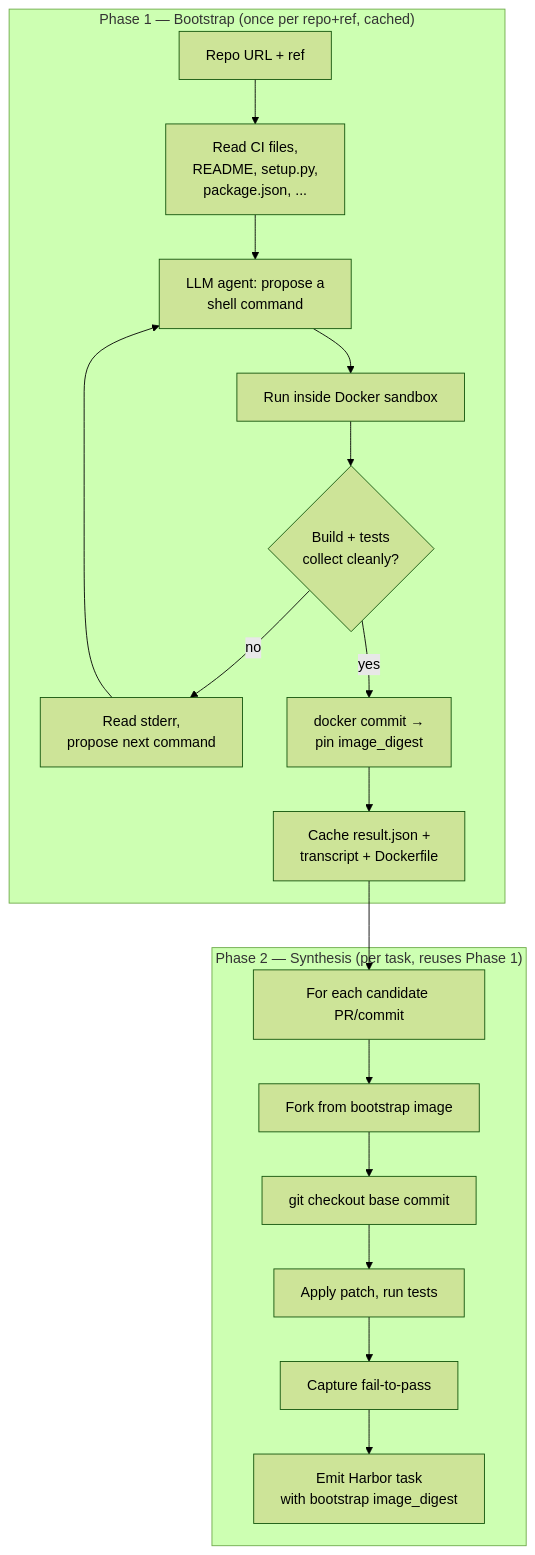
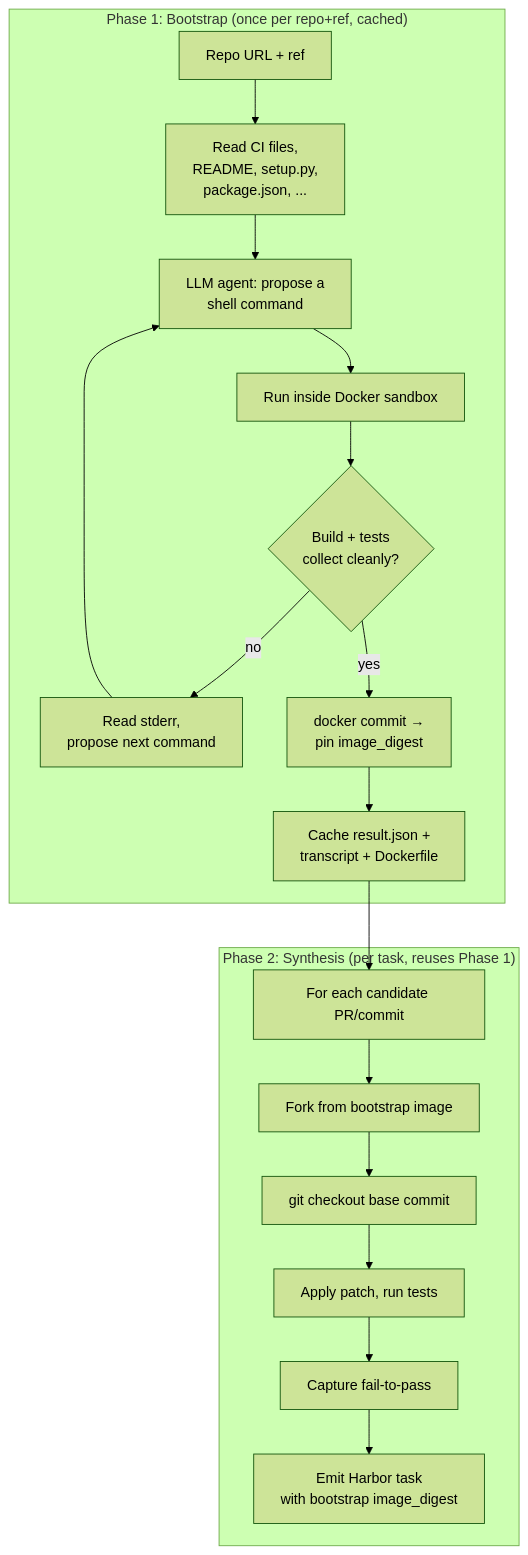
The diagram in docs/reference/BOOTSTRAP.md (huggingface/Repo2RLEnv), drawn with Mermaid (forest theme) before and after one commit. The commit also changed other lines of this file and 73 other files, not shown here.

````diff
--- a/docs/reference/BOOTSTRAP.md
+++ b/docs/reference/BOOTSTRAP.md
@@ -188,22 +188,22 @@
 ```mermaid
 flowchart TD
-    subgraph "Phase 1 — Bootstrap (once per repo+ref, cached)"
+    subgraph "Phase 1: Bootstrap (once per repo+ref, cached)"
         A[Repo URL + ref] --> B[Read CI files,<br/>README, setup.py,<br/>package.json, ...]
         B --> C[LLM agent: propose a<br/>shell command]
         C --> D[Run inside Docker sandbox]
         D --> E{Build + tests<br/>collect cleanly?}
         E -- no --> F[Read stderr,<br/>propose next command]
         F --> C
         E -- yes --> G[docker commit →<br/>pin image_digest]
         G --> H[Cache result.json +<br/>transcript + Dockerfile]
     end
 
-    subgraph "Phase 2 — Synthesis (per task, reuses Phase 1)"
+    subgraph "Phase 2: Synthesis (per task, reuses Phase 1)"
         H --> K[For each candidate PR/commit]
         K --> L[Fork from bootstrap image]
         L --> M[git checkout base commit]
         M --> N[Apply patch, run tests]
         N --> O[Capture fail-to-pass]
         O --> P[Emit Harbor task<br/>with bootstrap image_digest]
     end
 ```
````
